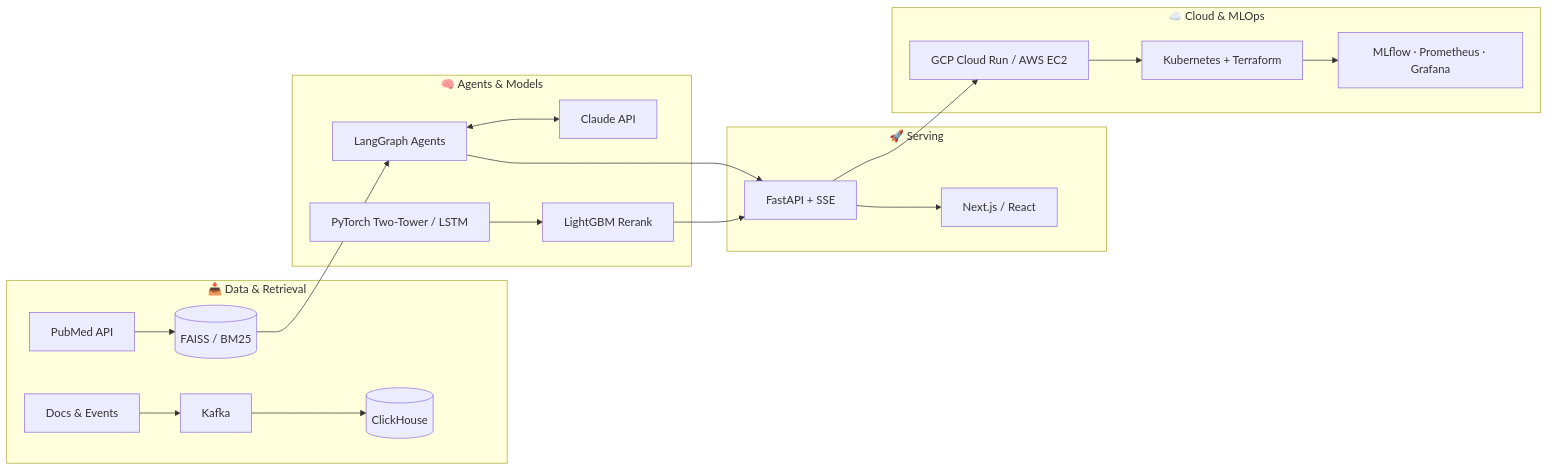
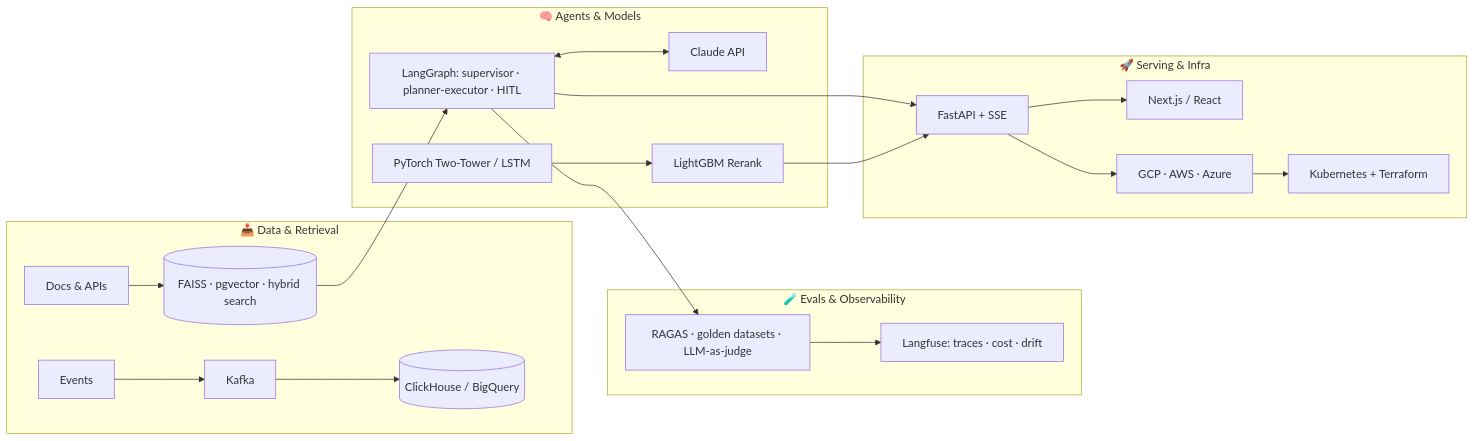
One commit to rohithkandula19/rohithkandula19 changed the diagram in README.md. Above: the diagram before and after it, drawn with Mermaid. The commit also changed other lines of this file, not shown here.

````diff
--- a/README.md
+++ b/README.md
@@ -218,22 +218,22 @@
 ```mermaid
 flowchart LR
     subgraph Data["📥 Data & Retrieval"]
-        PubMed[PubMed API] --> FAISS[(FAISS / BM25)]
-        Docs[Docs & Events] --> Kafka[Kafka] --> CH[(ClickHouse)]
+        Docs[Docs & APIs] --> VS[(FAISS · pgvector · hybrid search)]
+        Events[Events] --> Kafka[Kafka] --> CH[(ClickHouse / BigQuery)]
     end
     subgraph Brain["🧠 Agents & Models"]
-        FAISS --> LG[LangGraph Agents]
+        VS --> LG[LangGraph: supervisor · planner-executor · HITL]
         LG <--> Claude[Claude API]
         PT[PyTorch Two-Tower / LSTM] --> LGB[LightGBM Rerank]
     end
-    subgraph Serve["🚀 Serving"]
+    subgraph Evals["🧪 Evals & Observability"]
+        LG --> EV[RAGAS · golden datasets · LLM-as-judge]
+        EV --> LF[Langfuse: traces · cost · drift]
+    end
+    subgraph Serve["🚀 Serving & Infra"]
         LG --> API[FastAPI + SSE]
         LGB --> API
         API --> UI[Next.js / React]
-    end
-    subgraph Ops["☁️ Cloud & MLOps"]
-        API --> Run[GCP Cloud Run / AWS EC2]
-        Run --> K8s[Kubernetes + Terraform]
-        K8s --> Obs[MLflow · Prometheus · Grafana]
+        API --> Cloud[GCP · AWS · Azure] --> K8s[Kubernetes + Terraform]
     end
 ```
````
